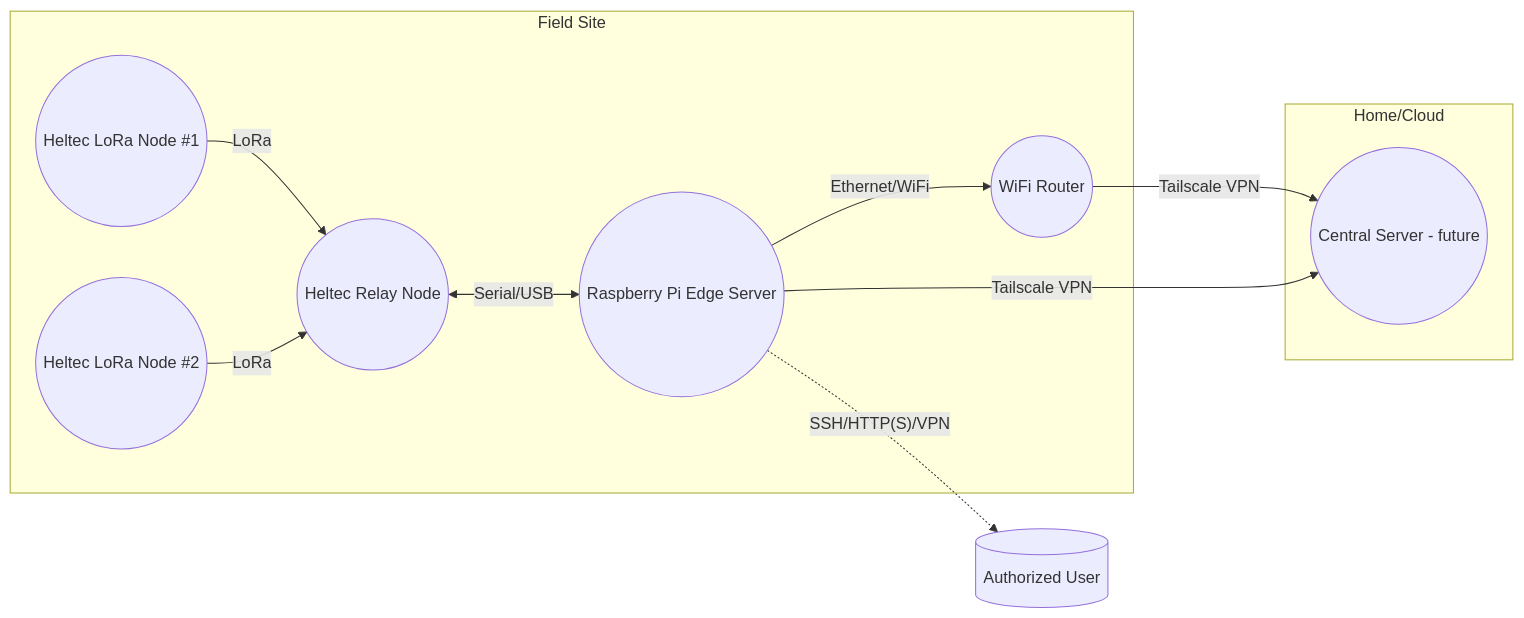
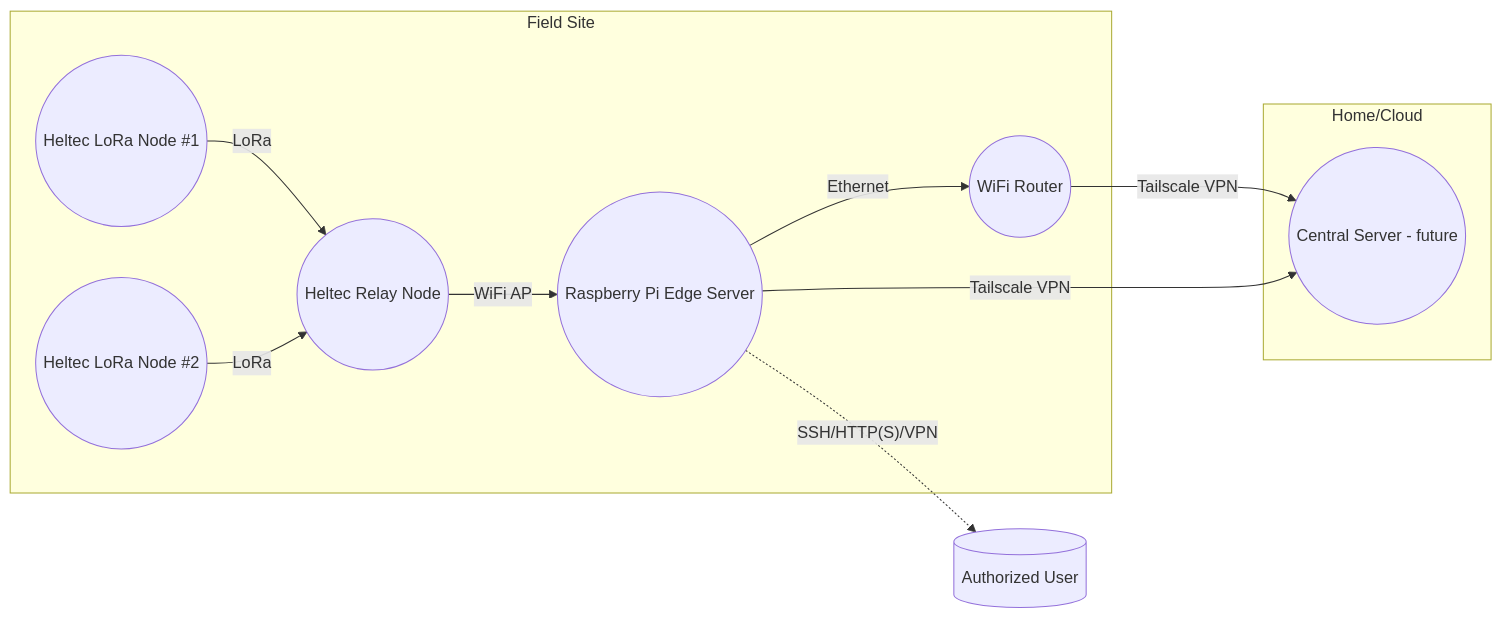
The first of 2 diagrams in docs/README.md (kisinga/far-mon), drawn with Mermaid before and after one commit. The commit also changed other lines of this file and 1 other file, not shown here.

````diff
--- a/docs/README.md
+++ b/docs/README.md
@@ -25,21 +25,21 @@
 ```mermaid
 graph LR
   subgraph Field Site
     RemoteSensor1((Heltec LoRa Node #1))
     RemoteSensor2((Heltec LoRa Node #2))
     RelayNode((Heltec Relay Node))
     Pi((Raspberry Pi Edge Server))
     Router((WiFi Router))
   end
   subgraph Home/Cloud
     CoreServer((Central Server - future))
   end
 
   RemoteSensor1 -- LoRa --> RelayNode
   RemoteSensor2 -- LoRa --> RelayNode
-  RelayNode <-- Serial/USB --> Pi
-  Pi -- Ethernet/WiFi --> Router
+  RelayNode -- WiFi AP --> Pi
+  Pi -- Ethernet --> Router
   Router -- Tailscale VPN --> CoreServer
   Pi -- Tailscale VPN --> CoreServer
   Pi -. SSH/HTTP(S)/VPN .-> User[(Authorized User)]
 ```
````
